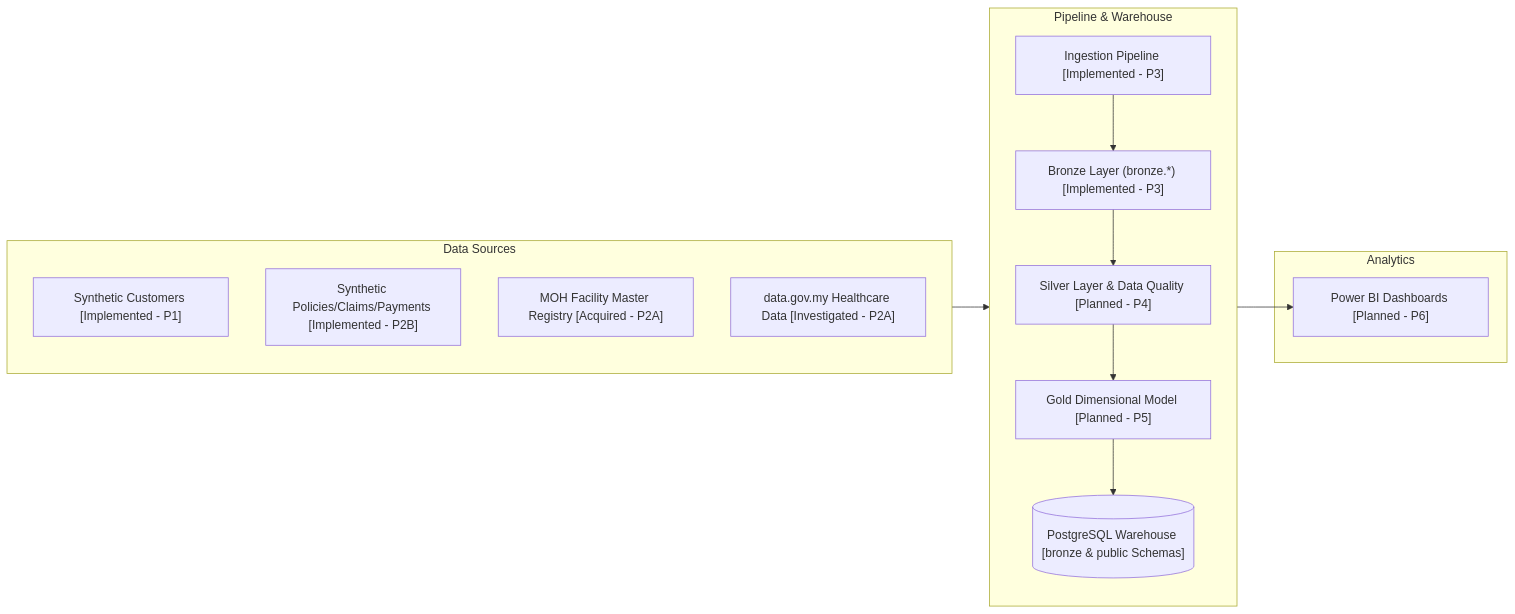
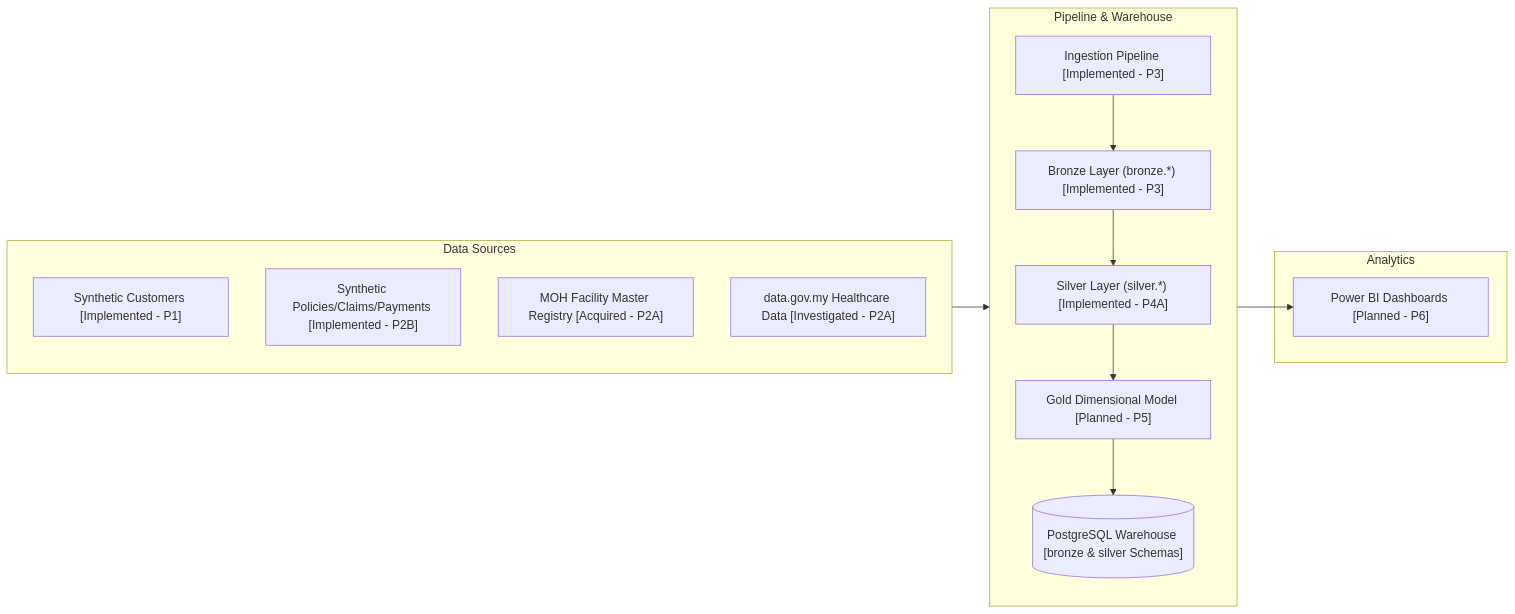
Before and after one commit to danieleiqwan/insureflow-data-platform: the diagram in README.md, drawn with Mermaid. The commit also changed other lines of this file and 5 other files, not shown here.

````diff
--- a/README.md
+++ b/README.md
@@ -12,25 +12,25 @@
 ```mermaid
 flowchart LR
     subgraph S1[Data Sources]
         direction TB
         G1["Synthetic Customers [Implemented - P1]"]
         G2["Synthetic Policies/Claims/Payments [Implemented - P2B]"]
         D1["MOH Facility Master Registry [Acquired - P2A]"]
         D2["data.gov.my Healthcare Data [Investigated - P2A]"]
     end
 
     subgraph S2[Pipeline & Warehouse]
         direction TB
         ING["Ingestion Pipeline [Implemented - P3]"]
         BRZ["Bronze Layer (bronze.*) [Implemented - P3]"]
-        SLV["Silver Layer & Data Quality [Planned - P4]"]
+        SLV["Silver Layer (silver.*) [Implemented - P4A]"]
         GLD["Gold Dimensional Model [Planned - P5]"]
-        PG[("PostgreSQL Warehouse [bronze & public Schemas]")]
+        PG[("PostgreSQL Warehouse [bronze & silver Schemas]")]
     end
 
     subgraph S3[Analytics]
         PBI["Power BI Dashboards [Planned - P6]"]
     end
 
     S1 --> ING --> BRZ --> SLV --> GLD --> PG --> PBI
 ```
````
